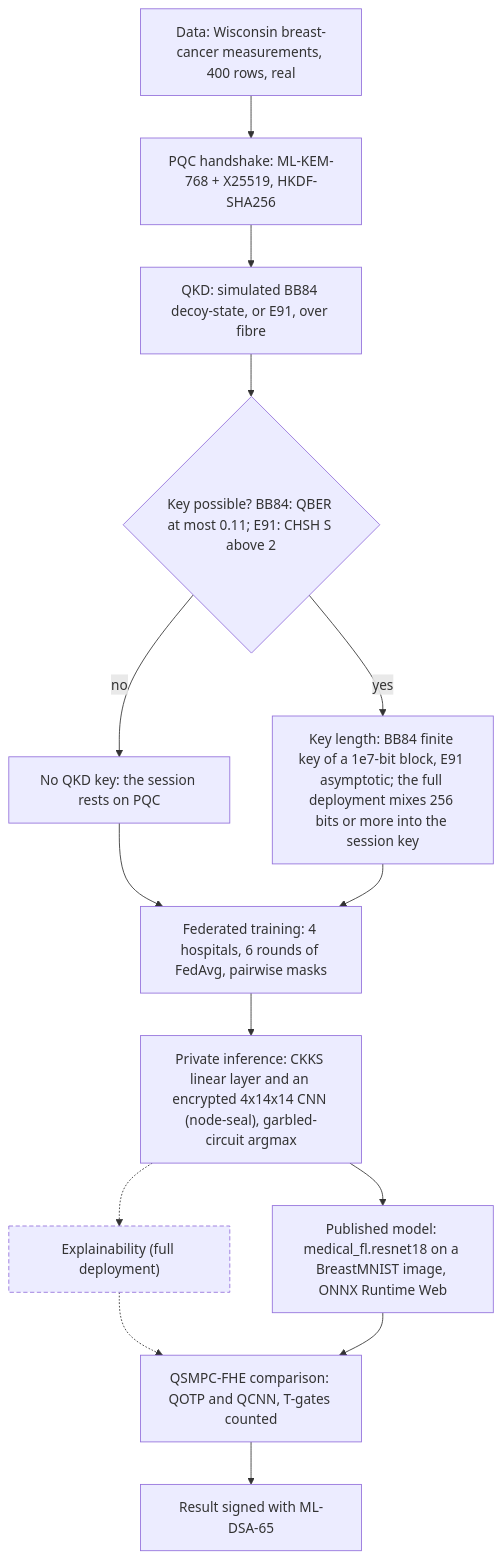
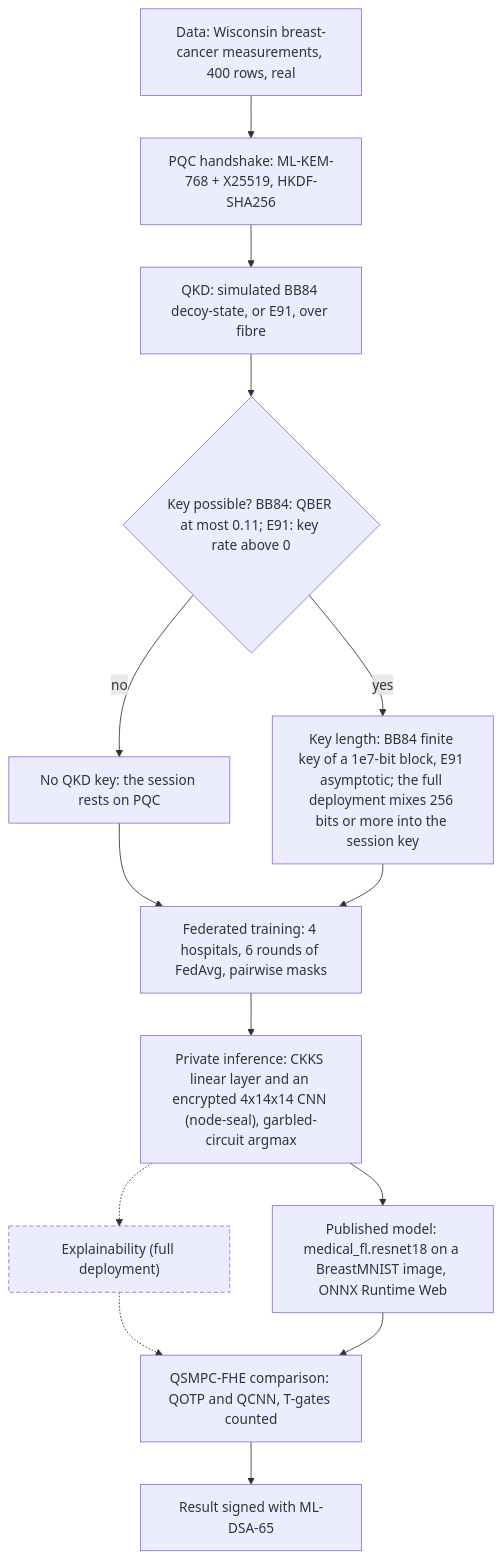
The fourth of 11 diagrams in README.md (Quantum-Daemons/QSMPC-QKD-QHE-AI-Hybrid), drawn with Mermaid before and after one commit. The commit also changed other lines of this file and 113 other files, not shown here.

````diff
--- a/README.md
+++ b/README.md
@@ -143,30 +145,30 @@
 ```mermaid
 flowchart TB
   D["Data: Wisconsin breast-cancer measurements, 400 rows, real"]
   H["PQC handshake: ML-KEM-768 + X25519, HKDF-SHA256"]
   K["QKD: simulated BB84 decoy-state, or E91, over fibre"]
-  Q{"Key possible? BB84: QBER at most 0.11; E91: CHSH S above 2"}
+  Q{"Key possible? BB84: QBER at most 0.11; E91: key rate above 0"}
   N["No QKD key: the session rests on PQC"]
   L["Key length: BB84 finite key of a 1e7-bit block, E91 asymptotic; the full deployment mixes 256 bits or more into the session key"]
   FL["Federated training: 4 hospitals, 6 rounds of FedAvg, pairwise masks"]
   I["Private inference: CKKS linear layer and an encrypted 4x14x14 CNN (node-seal), garbled-circuit argmax"]
   M["Published model: medical_fl.resnet18 on a BreastMNIST image, ONNX Runtime Web"]
   X["Explainability (full deployment)"]
   C["QSMPC-FHE comparison: QOTP and QCNN, T-gates counted"]
   S["Result signed with ML-DSA-65"]
   D --> H
   H --> K
   K --> Q
   Q -->|no| N
   Q -->|yes| L
   N --> FL
   L --> FL
   FL --> I
   I --> M
   I -.-> X
   X -.-> C
   M --> C
   C --> S
   classDef full stroke-dasharray: 5 3
   class X full
 ```
````
